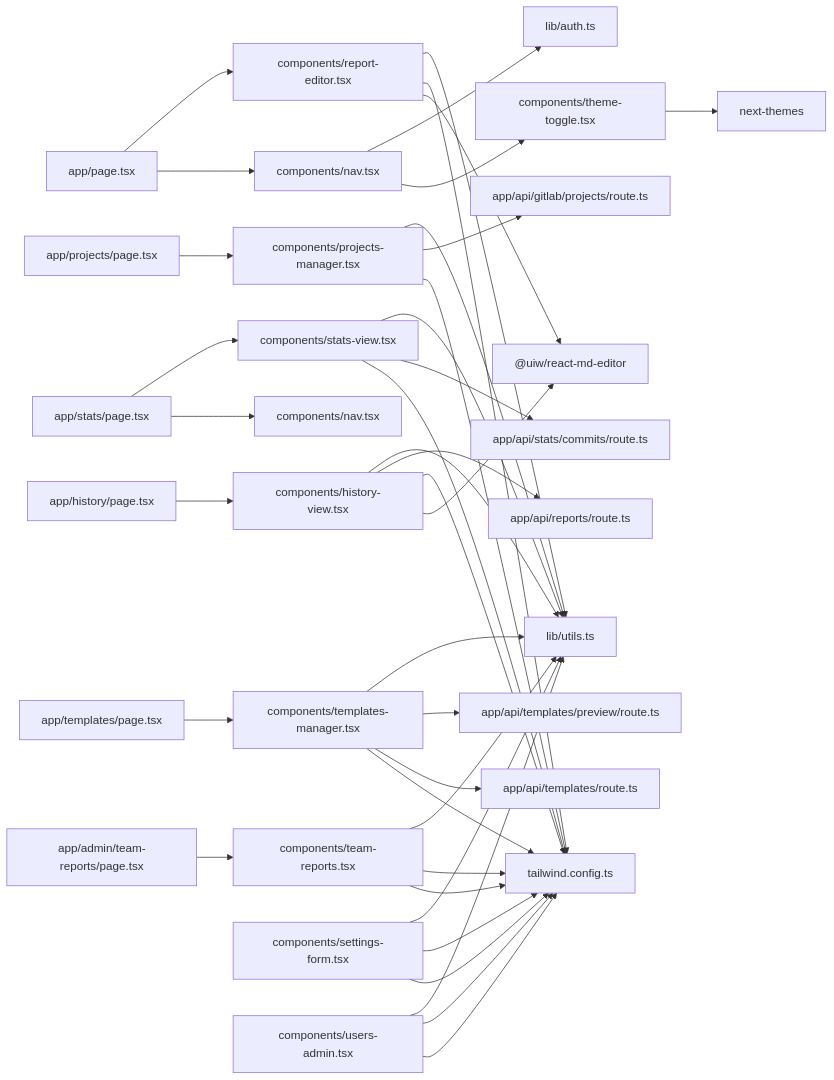
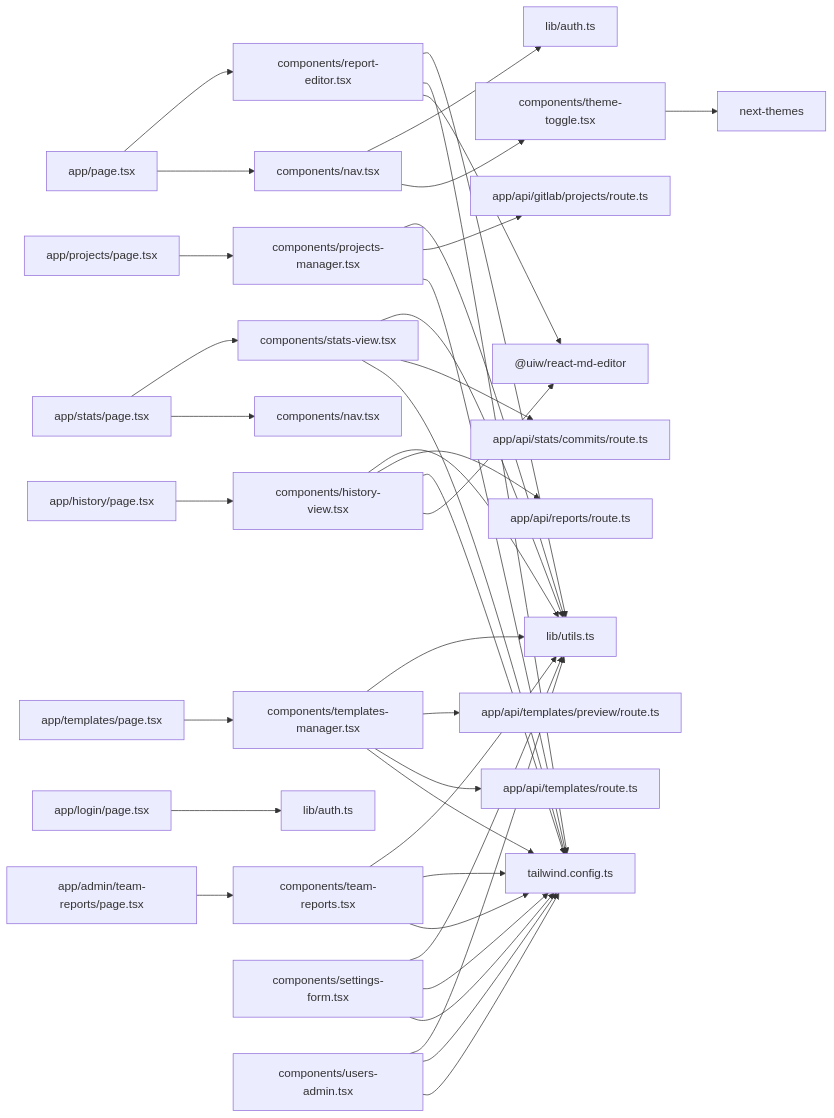
Diagram 14 of 14 in .qoder/repowiki/en/content/Frontend Components/Frontend Components.md (jrj444/git-daily), drawn with Mermaid before and after one commit. The commit also changed other lines of this file and 13 other files, not shown here.

````diff
--- a/.qoder/repowiki/en/content/Frontend Components/Frontend Components.md
+++ b/.qoder/repowiki/en/content/Frontend Components/Frontend Components.md
@@ -802,40 +874,41 @@
 ```mermaid
 graph LR
 Page["app/page.tsx"] --> Nav["components/nav.tsx"]
 Page --> RE["components/report-editor.tsx"]
 TRP["app/admin/team-reports/page.tsx"] --> TR["components/team-reports.tsx"]
 SP["app/stats/page.tsx"] --> N["components/nav.tsx"]
 SP --> SV["components/stats-view.tsx"]
 PP["app/projects/page.tsx"] --> PM["components/projects-manager.tsx"]
 TP["app/templates/page.tsx"] --> TM["components/templates-manager.tsx"]
 HPG["app/history/page.tsx"] --> HV["components/history-view.tsx"]
+LP["app/login/page.tsx"] --> AU["lib/auth.ts"]
 Nav --> TT["components/theme-toggle.tsx"]
 Nav --> Auth["lib/auth.ts"]
 RE --> MD["@uiw/react-md-editor"]
 HV --> MD
 SF["components/settings-form.tsx"] --> TW["tailwind.config.ts"]
 TR --> TW
 UA["components/users-admin.tsx"] --> TW
 RE --> TW
 HV --> TW
 SF --> TW
 TR --> TW
 UA --> TW
 SV --> TW
 PM --> TW
 TM --> TW
 SV --> API1["app/api/stats/commits/route.ts"]
 PM --> API2["app/api/gitlab/projects/route.ts"]
 TM --> API3["app/api/templates/route.ts"]
 TM --> API4["app/api/templates/preview/route.ts"]
 HV --> API5["app/api/reports/route.ts"]
 RE --> UT["lib/utils.ts"]
 HV --> UT
 SF --> UT
 TR --> UT
 UA --> UT
 SV --> UT
 PM --> UT
 TM --> UT
 TT --> NT["next-themes"]
 ```
````
